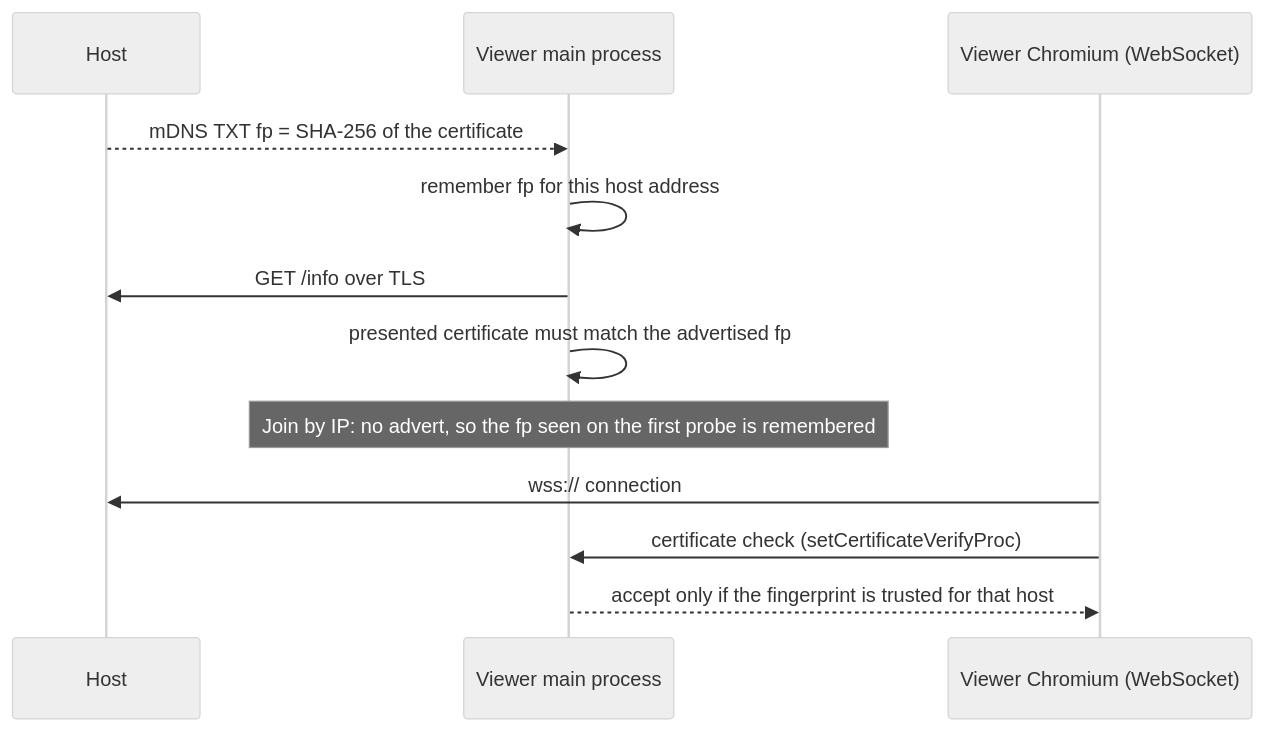
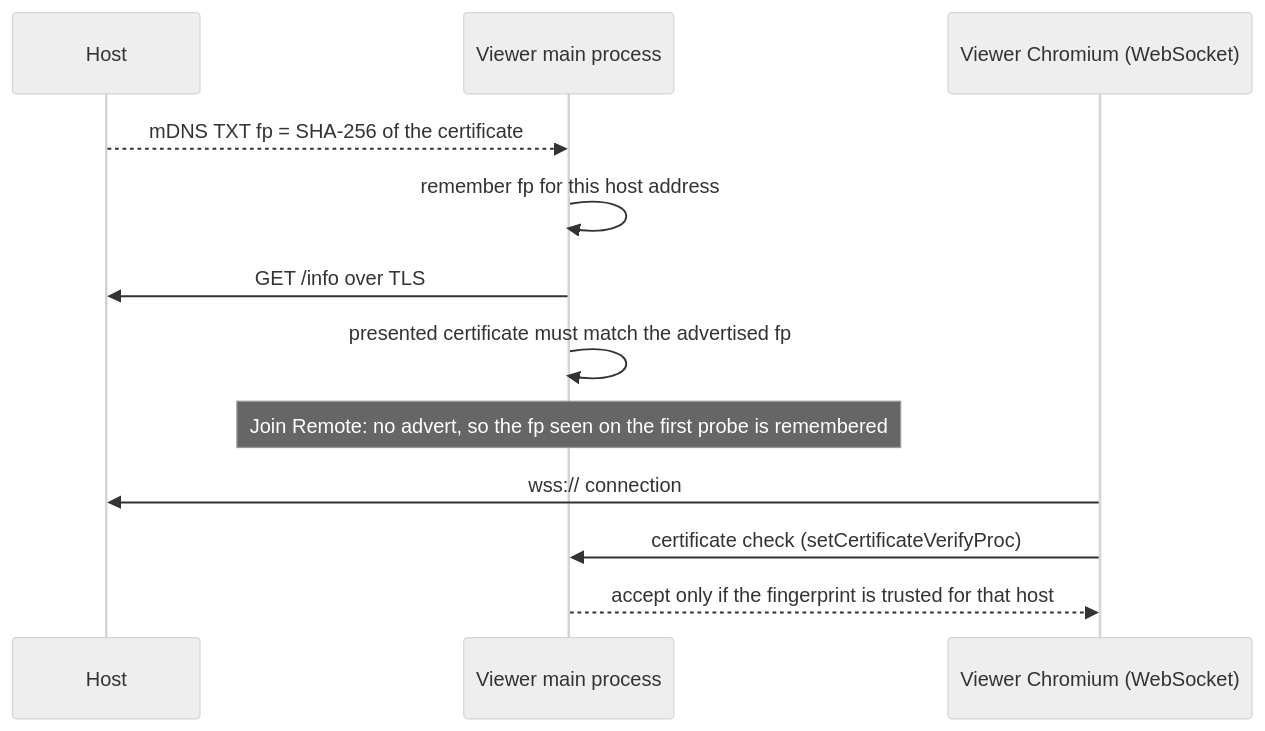
Before and after one commit to nsfxu/lan-screenshare: the diagram in docs/en-US/security.md, drawn with Mermaid (neutral theme). The commit also changed other lines of this file and 44 other files, not shown here.

````diff
--- a/docs/en-US/security.md
+++ b/docs/en-US/security.md
@@ -43,14 +43,14 @@
 ```mermaid
 sequenceDiagram
   participant H as Host
   participant V as Viewer main process
   participant C as Viewer Chromium (WebSocket)
   H-->>V: mDNS TXT fp = SHA-256 of the certificate
   V->>V: remember fp for this host address
   V->>H: GET /info over TLS
   V->>V: presented certificate must match the advertised fp
-  Note over V: Join by IP: no advert, so the fp seen on the first probe is remembered
+  Note over V: Join Remote: no advert, so the fp seen on the first probe is remembered
   C->>H: wss:// connection
   C->>V: certificate check (setCertificateVerifyProc)
   V-->>C: accept only if the fingerprint is trusted for that host
 ```
````
